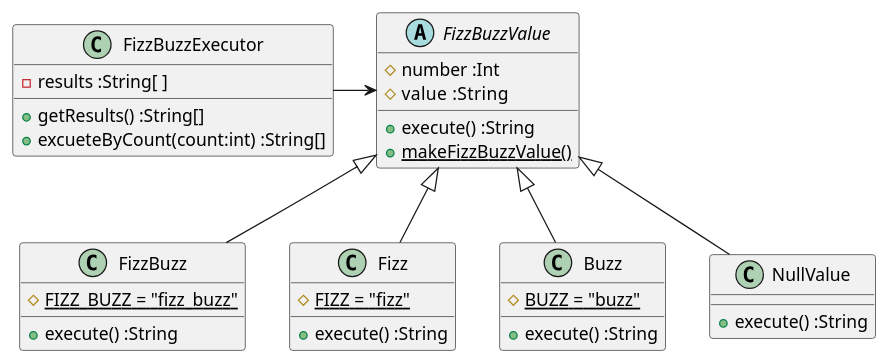
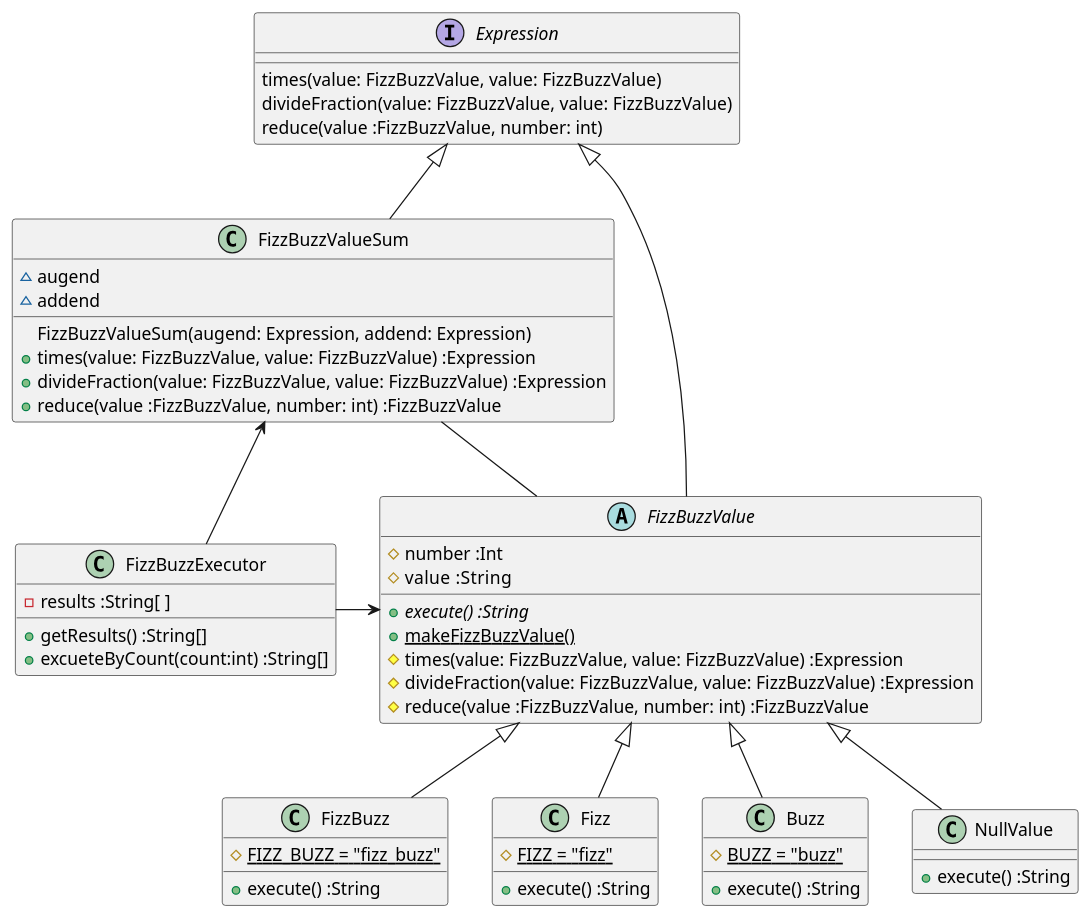
The first of 2 diagrams in docs/src/fizzbuzz.md (k2works/etude_for_java), drawn with PlantUML before and after one commit. The commit also changed other lines of this file and 4 other files, not shown here.

First line of the commit message:
FizzBuzz #EFJ-8

````diff
--- a/docs/src/fizzbuzz.md
+++ b/docs/src/fizzbuzz.md
@@ -32,36 +36,56 @@
 ```puml
 @startuml
 class FizzBuzzExecutor {
   -results :String[ ]
   +getResults() :String[]  
   +excueteByCount(count:int) :String[]
 }
 abstract class FizzBuzzValue {
   #number :Int
   #value  :String
-  +execute() :String
+  +{abstract}execute() :String
   +{static} makeFizzBuzzValue()
+  #times(value: FizzBuzzValue, value: FizzBuzzValue) :Expression
+  #divideFraction(value: FizzBuzzValue, value: FizzBuzzValue) :Expression
+  #reduce(value :FizzBuzzValue, number: int) :FizzBuzzValue
 }
 class FizzBuzz {
   #{static} FIZZ_BUZZ = "fizz_buzz"
   +execute() :String
 }
 class Fizz {
   #{static} FIZZ = "fizz"
   +execute() :String
 }
 class Buzz {
   #{static} BUZZ = "buzz"  
   +execute() :String  
 }
 class NullValue {
   +execute() :String  
 }
+class FizzBuzzValueSum {
+  ~augend
+  ~addend
+  FizzBuzzValueSum(augend: Expression, addend: Expression)
+  +times(value: FizzBuzzValue, value: FizzBuzzValue) :Expression
+  +divideFraction(value: FizzBuzzValue, value: FizzBuzzValue) :Expression
+  +reduce(value :FizzBuzzValue, number: int) :FizzBuzzValue
+}
+interface Expression {
+  times(value: FizzBuzzValue, value: FizzBuzzValue)
+  divideFraction(value: FizzBuzzValue, value: FizzBuzzValue)
+  reduce(value :FizzBuzzValue, number: int)
+}
 FizzBuzzExecutor -> FizzBuzzValue
 FizzBuzzValue <|-- Fizz
 FizzBuzzValue <|-- Buzz
 FizzBuzzValue <|-- FizzBuzz
 FizzBuzzValue <|-- NullValue
+FizzBuzzValueSum -- FizzBuzzValue
+FizzBuzzValueSum <- FizzBuzzExecutor
+Expression <|- FizzBuzzValue
+Expression <|-- FizzBuzzValueSum
 
 @enduml
 ```
````
